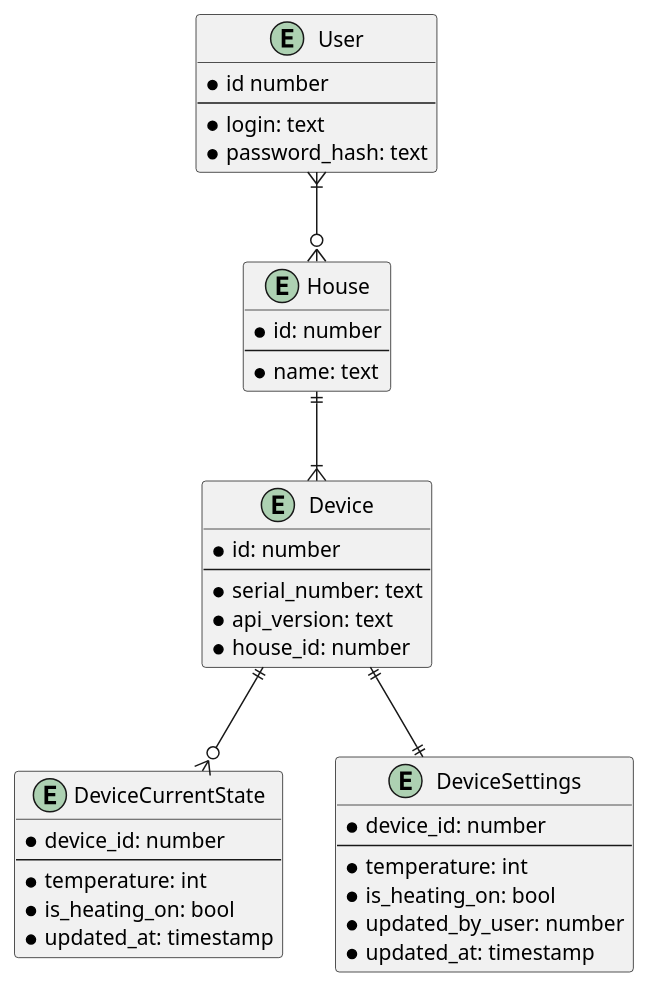
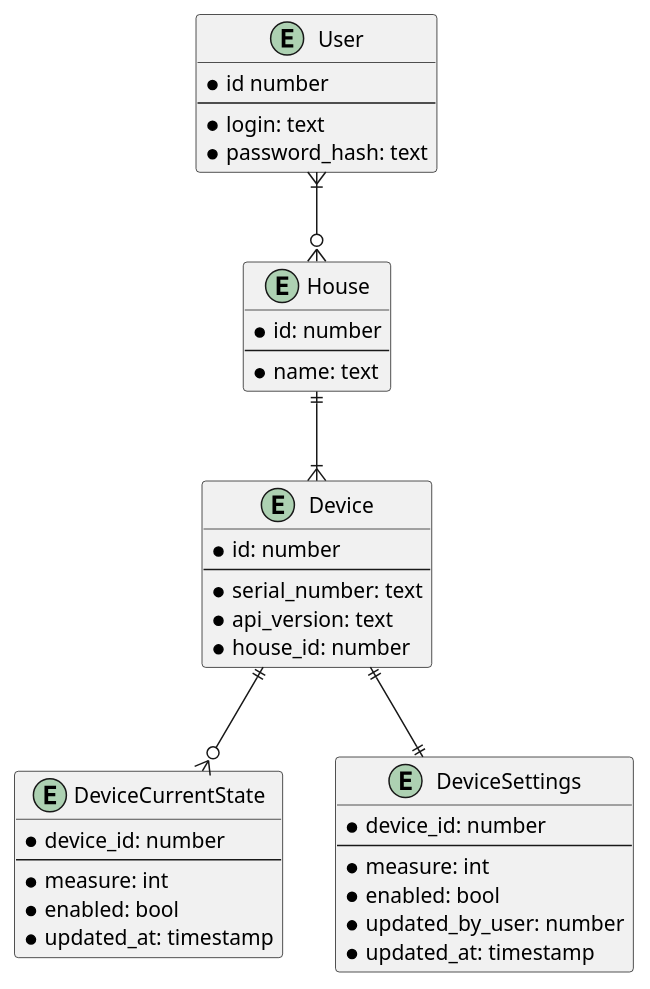
The diagram in sprint3/SmartHome_ER.puml (etloreq/yandex-practicum-arch-tasks), drawn with PlantUML before and after one commit. The commit also changed 15 other files, not shown here.

```diff
--- a/sprint3/SmartHome_ER.puml
+++ b/sprint3/SmartHome_ER.puml
@@ -1,46 +1,46 @@
 @startuml
 
 entity Device {
     * id: number 
     ---
     * serial_number: text
     * api_version: text
     * house_id: number
 }
 
 entity House {
     * id: number 
     ---
     * name: text
 }
 
 entity User {
     * id number 
     ---
     * login: text
     * password_hash: text
 }
 
 entity DeviceCurrentState {
     * device_id: number 
     ---
-    * temperature: int
-    * is_heating_on: bool
+    * measure: int
+    * enabled: bool
     * updated_at: timestamp
 }
 
 entity DeviceSettings {
     * device_id: number 
     ---
-    * temperature: int
-    * is_heating_on: bool
+    * measure: int
+    * enabled: bool
     * updated_by_user: number
     * updated_at: timestamp
 }
 
 User }|--o{ House
 House ||--|{ Device
 Device ||--o{ DeviceCurrentState
 Device ||--|| DeviceSettings
 
 @enduml
```
